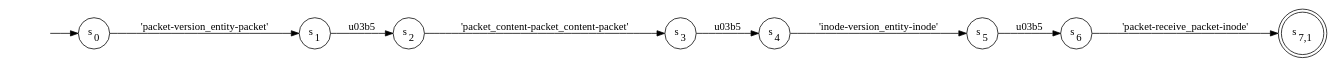
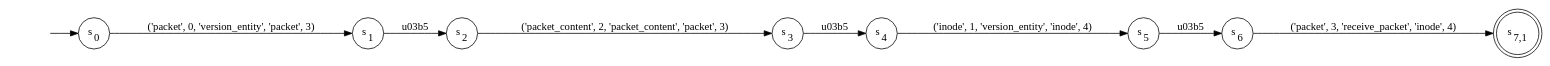
One commit to TinkerBellSystem/graph-matching changed the diagram in dot/provenance_socket_sock_rcv_skb_nfa.dot. Above: the diagram before and after it, drawn with Graphviz. The commit also changed 135 other files, not shown here.

```diff
--- a/dot/provenance_socket_sock_rcv_skb_nfa.dot
+++ b/dot/provenance_socket_sock_rcv_skb_nfa.dot
@@ -1,20 +1,20 @@
 digraph NFA {
     rankdir = LR;
     I [style = invis];
     I -> S0;
     S0 [label = <s<sub>0</sub>>, shape = circle];
     S1 [label = <s<sub>1</sub>>, shape = circle];
     S2 [label = <s<sub>2</sub>>, shape = circle];
     S3 [label = <s<sub>3</sub>>, shape = circle];
     S4 [label = <s<sub>4</sub>>, shape = circle];
     S5 [label = <s<sub>5</sub>>, shape = circle];
     S6 [label = <s<sub>6</sub>>, shape = circle];
     S7 [label = <s<sub>7,1</sub>>, shape = circle, peripheries = 2];
-    S6 -> S7 [label = "'packet-receive_packet-inode'"];
+    S6 -> S7 [label = "('packet', 3, 'receive_packet', 'inode', 4)"];
     S5 -> S6 [label = "\u03b5"];
-    S4 -> S5 [label = "'inode-version_entity-inode'"];
+    S4 -> S5 [label = "('inode', 1, 'version_entity', 'inode', 4)"];
     S3 -> S4 [label = "\u03b5"];
-    S2 -> S3 [label = "'packet_content-packet_content-packet'"];
+    S2 -> S3 [label = "('packet_content', 2, 'packet_content', 'packet', 3)"];
     S1 -> S2 [label = "\u03b5"];
-    S0 -> S1 [label = "'packet-version_entity-packet'"];
+    S0 -> S1 [label = "('packet', 0, 'version_entity', 'packet', 3)"];
 }
```
